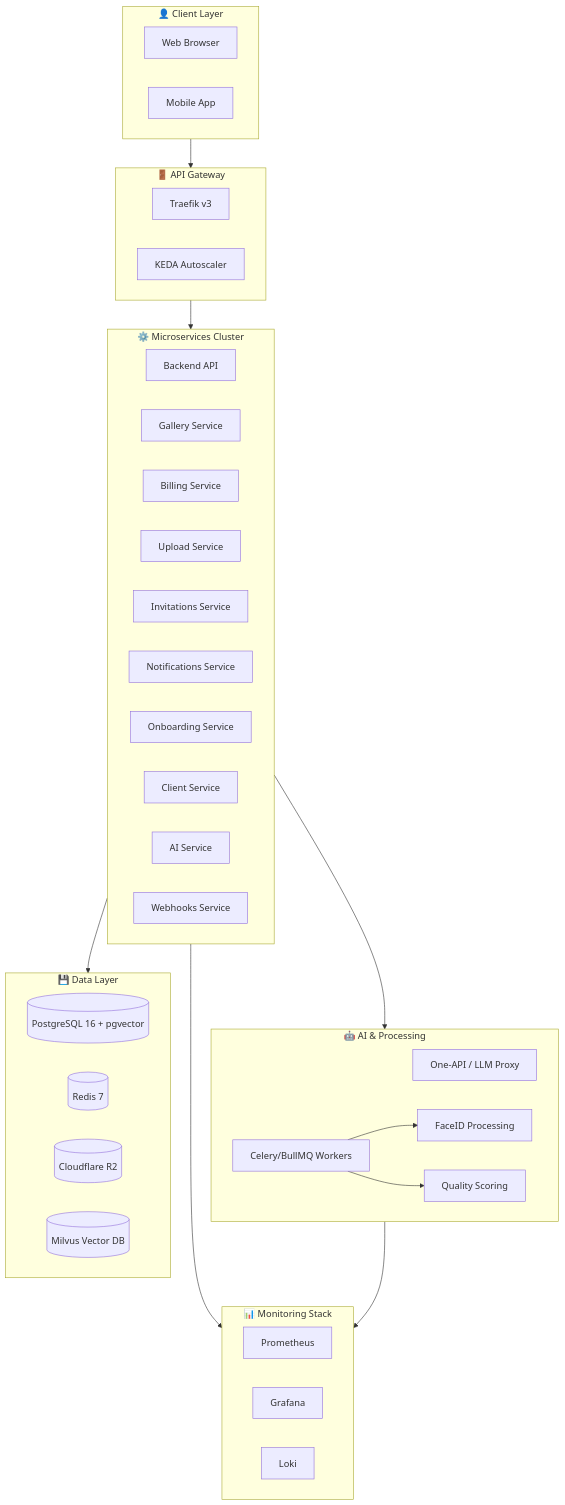
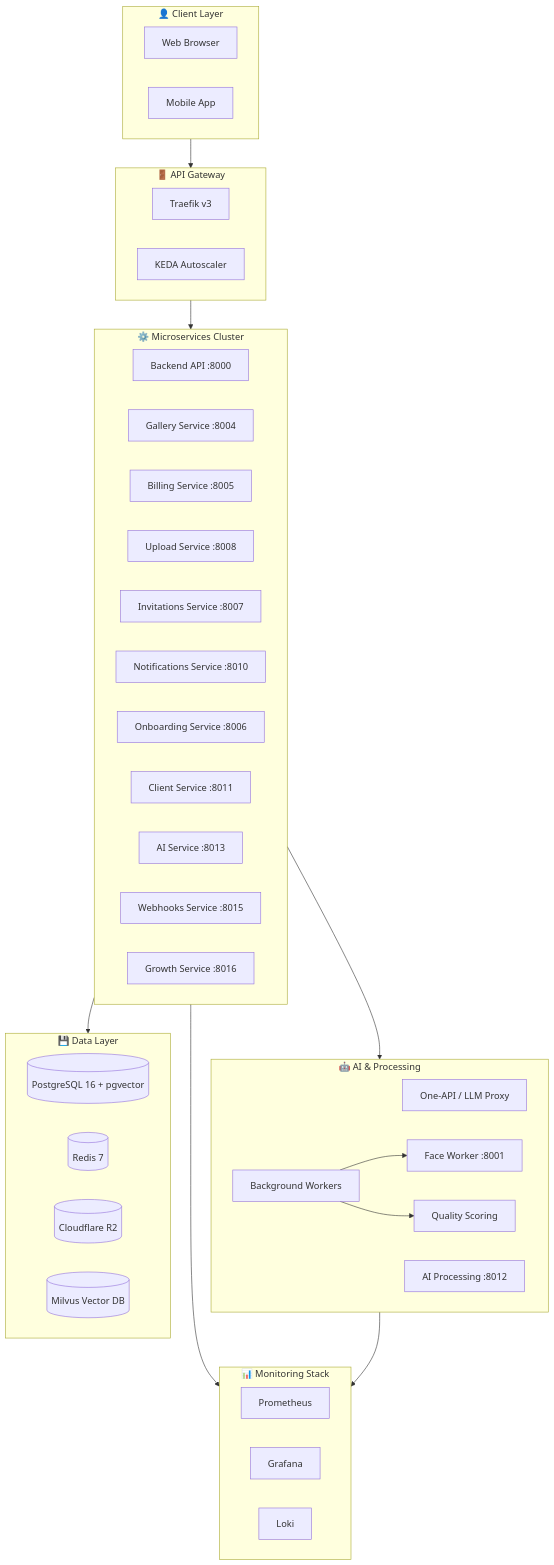
Before and after one commit to veerababumanyam/RawDrive: the diagram in docs/ARCHITECTURE_QUICK_REFERENCE.md, drawn with Mermaid. The commit also changed other lines of this file and 669 other files, not shown here.

````diff
--- a/docs/ARCHITECTURE_QUICK_REFERENCE.md
+++ b/docs/ARCHITECTURE_QUICK_REFERENCE.md
@@ -9,50 +9,52 @@
 ```mermaid
 flowchart TB
     subgraph Clients["👤 Client Layer"]
         Web[Web Browser]
         Mobile[Mobile App]
     end
 
     subgraph Gateway["🚪 API Gateway"]
         Traefik[Traefik v3]
         KEDA[KEDA Autoscaler]
     end
 
     subgraph Backend["⚙️ Microservices Cluster"]
-        ServiceA[Backend API]
-        ServiceB[Gallery Service]
-        ServiceC[Billing Service]
-        ServiceD[Upload Service]
-        ServiceE[Invitations Service]
-        ServiceF[Notifications Service]
-        ServiceG[Onboarding Service]
-        ServiceH[Client Service]
-        ServiceI[AI Service]
-        ServiceJ[Webhooks Service]
+        ServiceA[Backend API :8000]
+        ServiceB[Gallery Service :8004]
+        ServiceC[Billing Service :8005]
+        ServiceD[Upload Service :8008]
+        ServiceE[Invitations Service :8007]
+        ServiceF[Notifications Service :8010]
+        ServiceG[Onboarding Service :8006]
+        ServiceH[Client Service :8011]
+        ServiceI[AI Service :8013]
+        ServiceJ[Webhooks Service :8015]
+        ServiceK[Growth Service :8016]
     end
 
     subgraph Processing["🤖 AI & Processing"]
         OneAPI[One-API / LLM Proxy]
-        Workers[Celery/BullMQ Workers]
-        Workers --> Face[FaceID Processing]
+        AIProc[AI Processing :8012]
+        Workers[Background Workers]
+        Workers --> Face[Face Worker :8001]
         Workers --> Quality[Quality Scoring]
     end
 
     subgraph Data["💾 Data Layer"]
         PG[(PostgreSQL 16 + pgvector)]
         Redis[(Redis 7)]
         R2[(Cloudflare R2)]
         Milvus[(Milvus Vector DB)]
     end
 
     subgraph Observability["📊 Monitoring Stack"]
         Prom[Prometheus]
         Grafana[Grafana]
         Loki[Loki]
     end
 
     Clients --> Gateway --> Backend
     Backend --> Processing
     Backend --> Data
     Backend & Processing --> Observability
 ```
````
